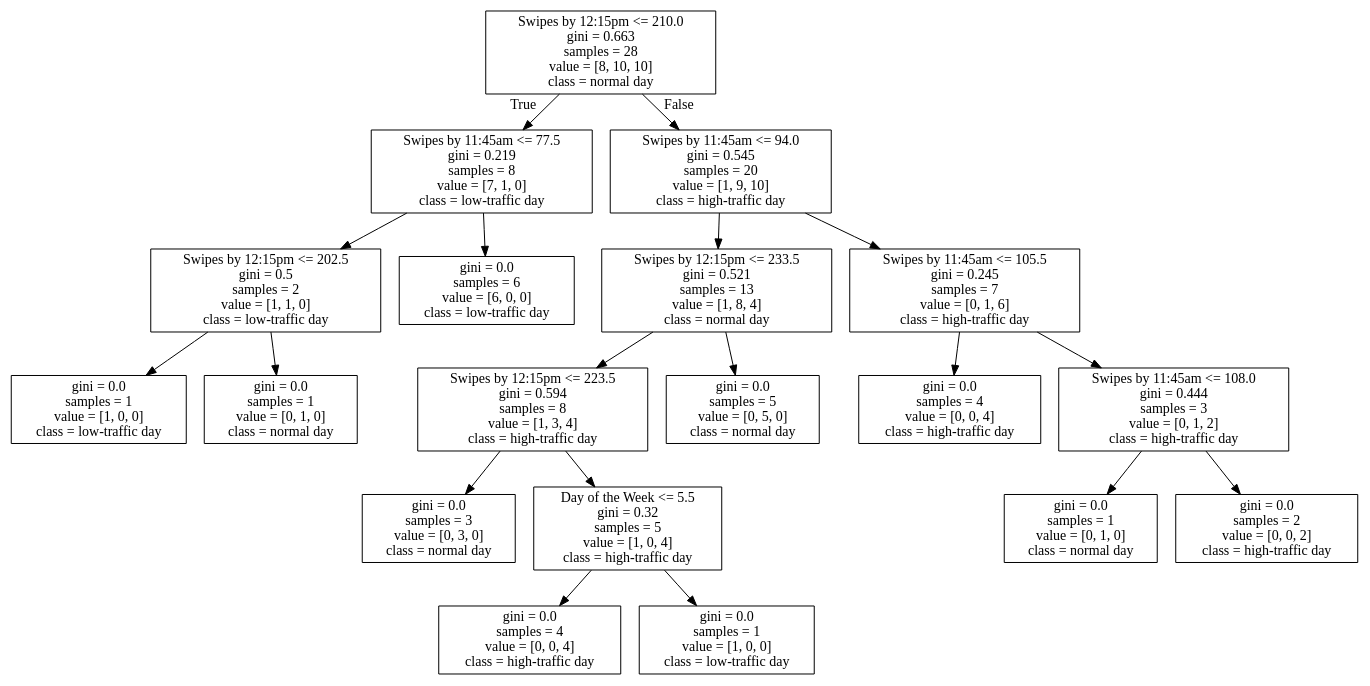
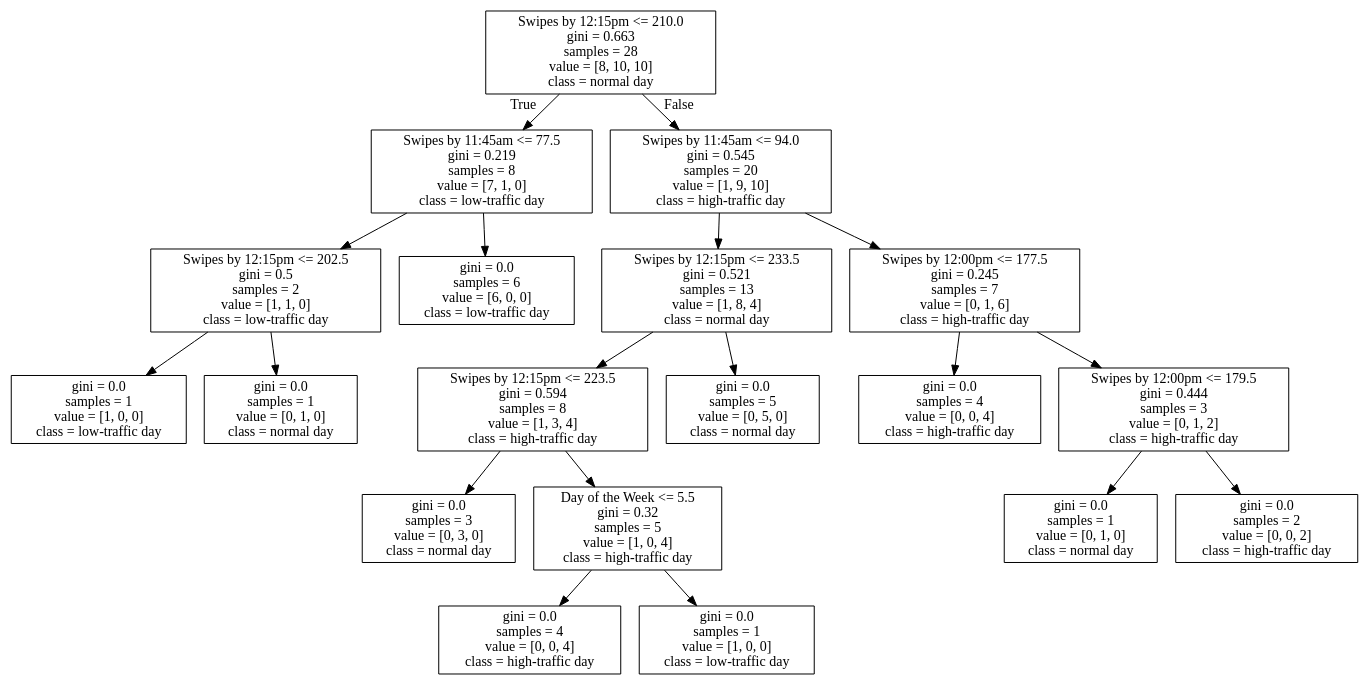
One commit to gracec10/yaledata changed the diagram in hw2_data 2/10.dot. Above: the diagram before and after it, drawn with Graphviz. The commit also changed 9 other files, not shown here.

```diff
--- a/hw2_data 2/10.dot
+++ b/hw2_data 2/10.dot
@@ -1,40 +1,40 @@
 digraph Tree {
 node [shape=box] ;
 0 [label="Swipes by 12:15pm <= 210.0\ngini = 0.663\nsamples = 28\nvalue = [8, 10, 10]\nclass = normal day"] ;
 1 [label="Swipes by 11:45am <= 77.5\ngini = 0.219\nsamples = 8\nvalue = [7, 1, 0]\nclass = low-traffic day"] ;
 0 -> 1 [labeldistance=2.5, labelangle=45, headlabel="True"] ;
 2 [label="Swipes by 12:15pm <= 202.5\ngini = 0.5\nsamples = 2\nvalue = [1, 1, 0]\nclass = low-traffic day"] ;
 1 -> 2 ;
 3 [label="gini = 0.0\nsamples = 1\nvalue = [1, 0, 0]\nclass = low-traffic day"] ;
 2 -> 3 ;
 4 [label="gini = 0.0\nsamples = 1\nvalue = [0, 1, 0]\nclass = normal day"] ;
 2 -> 4 ;
 5 [label="gini = 0.0\nsamples = 6\nvalue = [6, 0, 0]\nclass = low-traffic day"] ;
 1 -> 5 ;
 6 [label="Swipes by 11:45am <= 94.0\ngini = 0.545\nsamples = 20\nvalue = [1, 9, 10]\nclass = high-traffic day"] ;
 0 -> 6 [labeldistance=2.5, labelangle=-45, headlabel="False"] ;
 7 [label="Swipes by 12:15pm <= 233.5\ngini = 0.521\nsamples = 13\nvalue = [1, 8, 4]\nclass = normal day"] ;
 6 -> 7 ;
 8 [label="Swipes by 12:15pm <= 223.5\ngini = 0.594\nsamples = 8\nvalue = [1, 3, 4]\nclass = high-traffic day"] ;
 7 -> 8 ;
 9 [label="gini = 0.0\nsamples = 3\nvalue = [0, 3, 0]\nclass = normal day"] ;
 8 -> 9 ;
 10 [label="Day of the Week <= 5.5\ngini = 0.32\nsamples = 5\nvalue = [1, 0, 4]\nclass = high-traffic day"] ;
 8 -> 10 ;
 11 [label="gini = 0.0\nsamples = 4\nvalue = [0, 0, 4]\nclass = high-traffic day"] ;
 10 -> 11 ;
 12 [label="gini = 0.0\nsamples = 1\nvalue = [1, 0, 0]\nclass = low-traffic day"] ;
 10 -> 12 ;
 13 [label="gini = 0.0\nsamples = 5\nvalue = [0, 5, 0]\nclass = normal day"] ;
 7 -> 13 ;
-14 [label="Swipes by 11:45am <= 105.5\ngini = 0.245\nsamples = 7\nvalue = [0, 1, 6]\nclass = high-traffic day"] ;
+14 [label="Swipes by 12:00pm <= 177.5\ngini = 0.245\nsamples = 7\nvalue = [0, 1, 6]\nclass = high-traffic day"] ;
 6 -> 14 ;
 15 [label="gini = 0.0\nsamples = 4\nvalue = [0, 0, 4]\nclass = high-traffic day"] ;
 14 -> 15 ;
-16 [label="Swipes by 11:45am <= 108.0\ngini = 0.444\nsamples = 3\nvalue = [0, 1, 2]\nclass = high-traffic day"] ;
+16 [label="Swipes by 12:00pm <= 179.5\ngini = 0.444\nsamples = 3\nvalue = [0, 1, 2]\nclass = high-traffic day"] ;
 14 -> 16 ;
 17 [label="gini = 0.0\nsamples = 1\nvalue = [0, 1, 0]\nclass = normal day"] ;
 16 -> 17 ;
 18 [label="gini = 0.0\nsamples = 2\nvalue = [0, 0, 2]\nclass = high-traffic day"] ;
 16 -> 18 ;
 }
```
